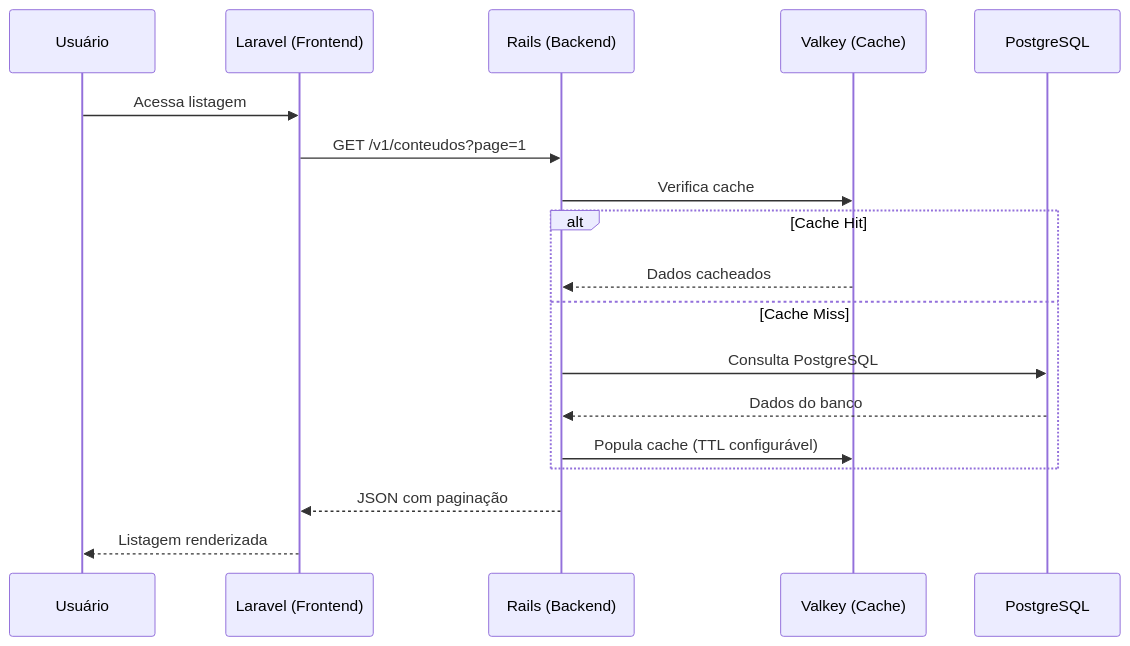
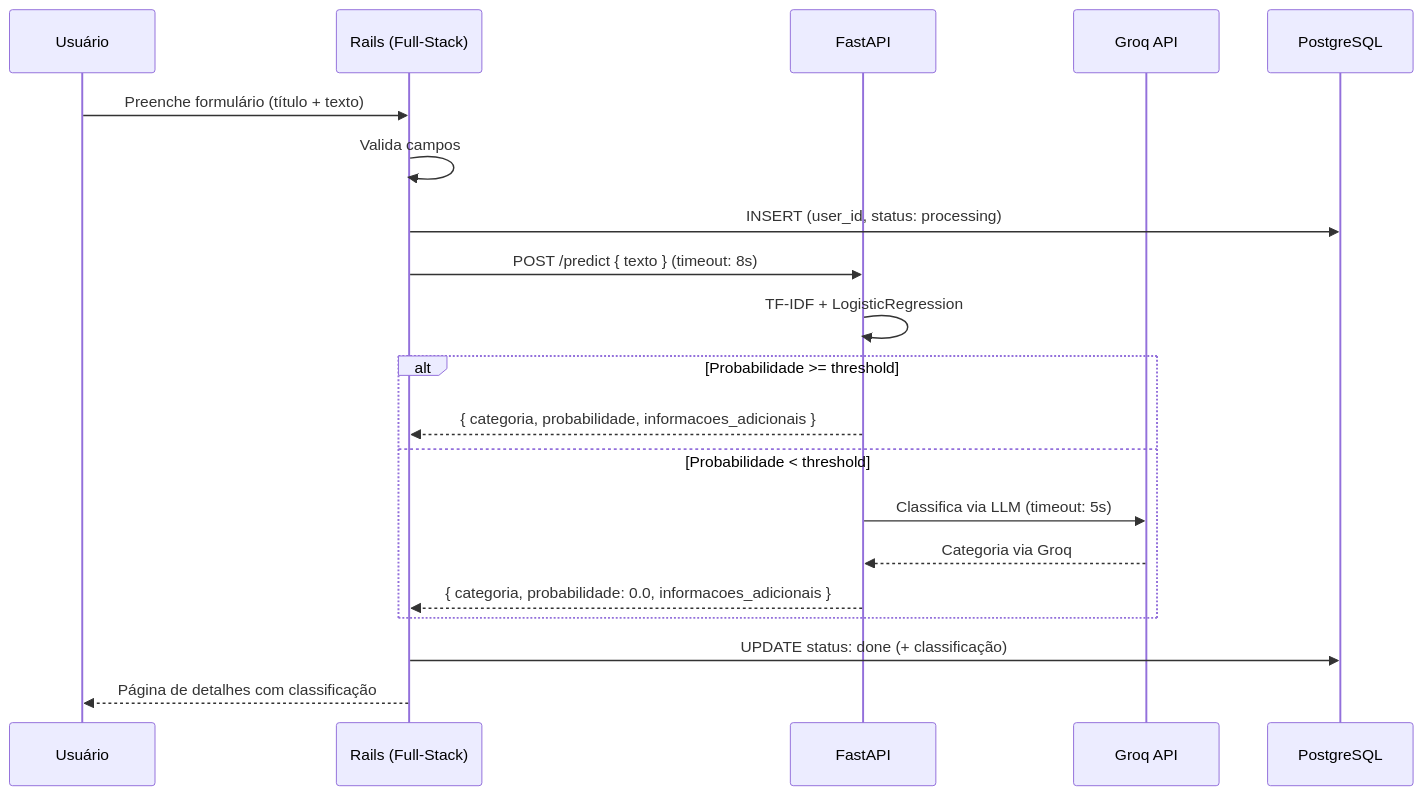
Before and after one commit to DessimA/tech-mind: the second of 2 diagrams in docs/01-requisitos-funcionais.md, drawn with Mermaid. The commit also changed other lines of this file and 115 other files, not shown here.

Commit message:
refactor(web): namespace Web:: and Api:: to separate frontend/backend layers

````diff
--- a/docs/01-requisitos-funcionais.md
+++ b/docs/01-requisitos-funcionais.md
@@ -65,21 +50,26 @@
 ```mermaid
 sequenceDiagram
-    participant User as Usuário
-    participant Laravel as Laravel (Frontend)
-    participant Rails as Rails (Backend)
-    participant Valkey as Valkey (Cache)
+    participant U as Usuário
+    participant Rails as Rails (Full-Stack)
+    participant ML as FastAPI
+    participant Groq as Groq API
     participant DB as PostgreSQL
 
-    User->>Laravel: Acessa listagem
-    Laravel->>Rails: GET /v1/conteudos?page=1
-    Rails->>Valkey: Verifica cache
-    alt Cache Hit
-        Valkey-->>Rails: Dados cacheados
-    else Cache Miss
-        Rails->>DB: Consulta PostgreSQL
-        DB-->>Rails: Dados do banco
-        Rails->>Valkey: Popula cache (TTL configurável)
+    U->>Rails: Preenche formulário (título + texto)
+    Rails->>Rails: Valida campos
+    Rails->>DB: INSERT (user_id, status: processing)
+    Rails->>ML: POST /predict { texto } (timeout: 8s)
+    
+    ML->>ML: TF-IDF + LogisticRegression
+    
+    alt Probabilidade >= threshold
+        ML-->>Rails: { categoria, probabilidade, informacoes_adicionais }
+    else Probabilidade < threshold
+        ML->>Groq: Classifica via LLM (timeout: 5s)
+        Groq-->>ML: Categoria via Groq
+        ML-->>Rails: { categoria, probabilidade: 0.0, informacoes_adicionais }
     end
-    Rails-->>Laravel: JSON com paginação
-    Laravel-->>User: Listagem renderizada
+    
+    Rails->>DB: UPDATE status: done (+ classificação)
+    Rails-->>U: Página de detalhes com classificação
 ```
````
